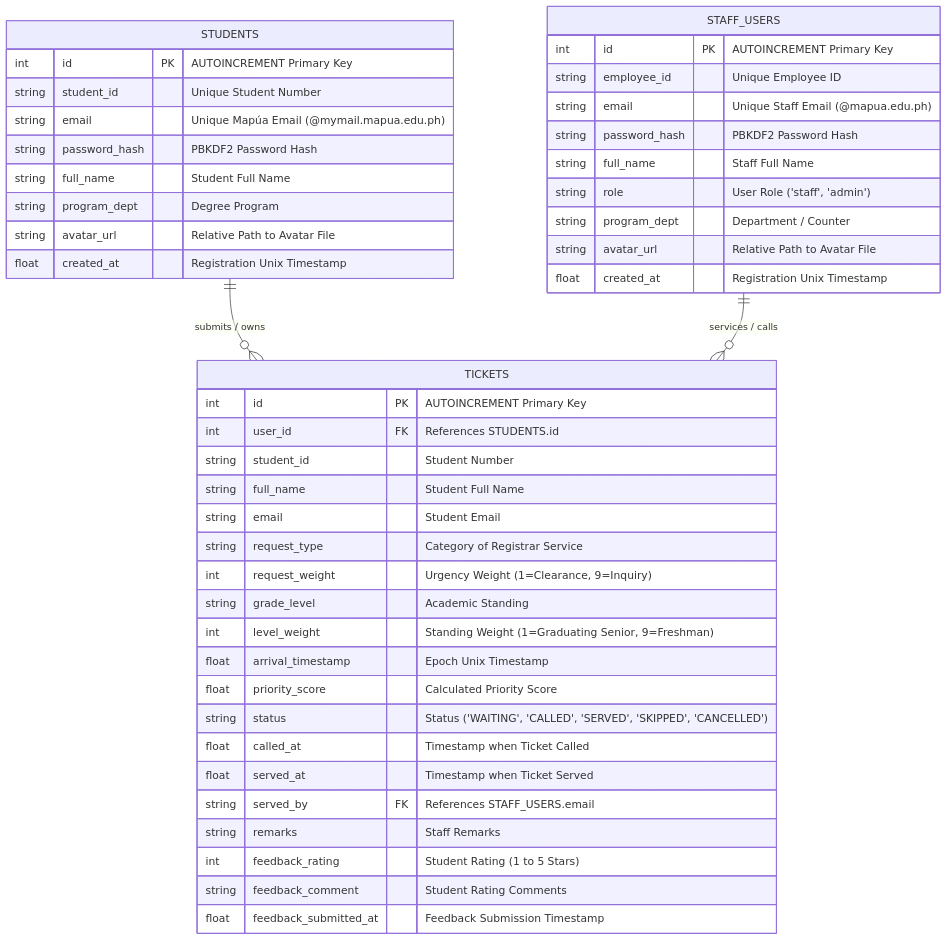
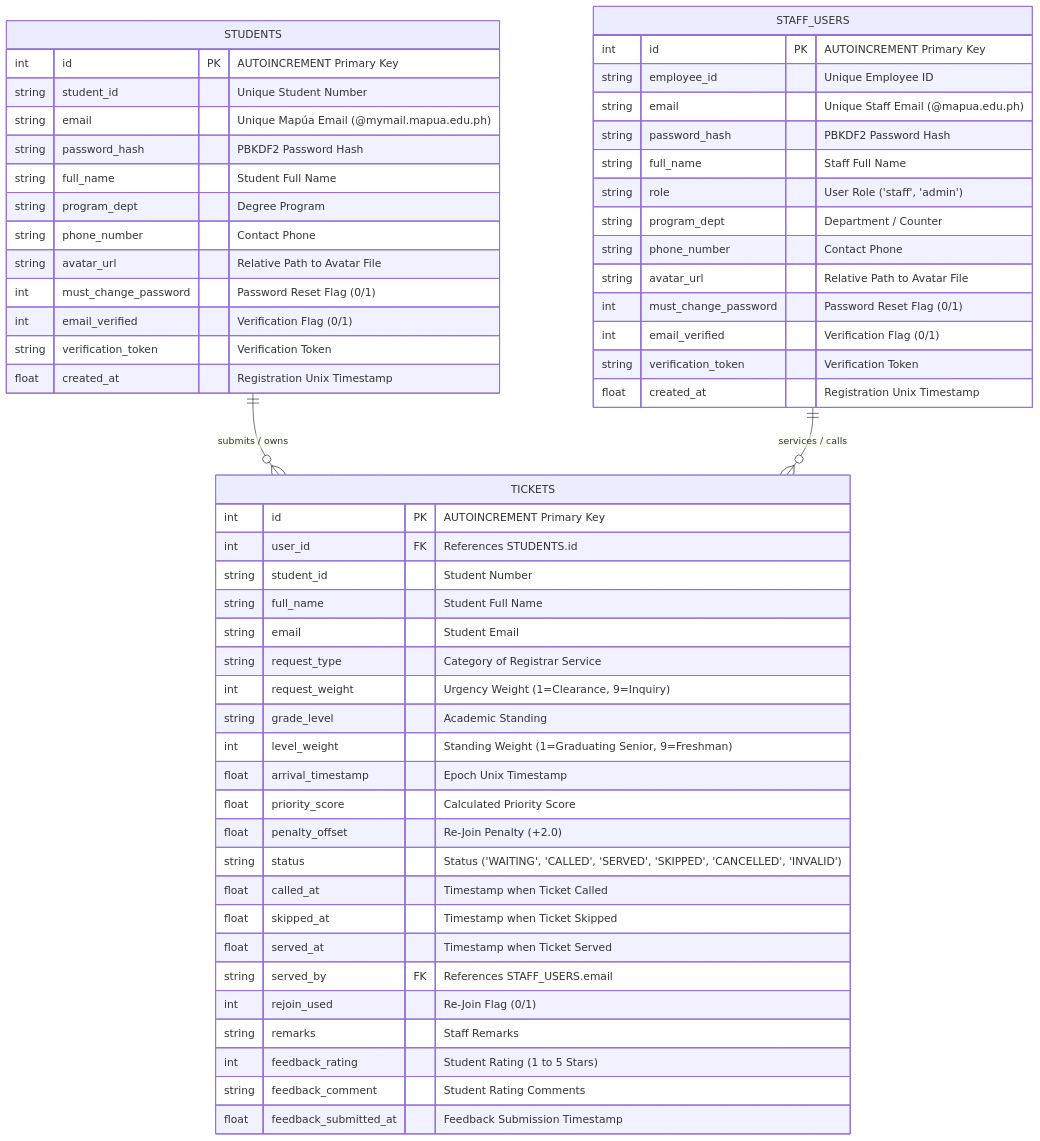
One commit to justinovate/cpe106l-4_finalproject changed the fifth of 5 diagrams in PROPOSAL.md. Above: the diagram before and after it, drawn with Mermaid. The commit also changed other lines of this file and 22 other files, not shown here.

Commit message:
feat(sprint-3): add dual-mode email notifications, account verification, password resets, ticket lifecycle controls, feedback analytics, deployment config, and 40 AAA tests

````diff
--- a/PROPOSAL.md
+++ b/PROPOSAL.md
@@ -334,50 +355,61 @@
 ```mermaid
 erDiagram
     STUDENTS ||--o{ TICKETS : "submits / owns"
     STAFF_USERS ||--o{ TICKETS : "services / calls"
 
     STAFF_USERS {
         int id PK "AUTOINCREMENT Primary Key"
         string employee_id "Unique Employee ID"
         string email "Unique Staff Email (@mapua.edu.ph)"
         string password_hash "PBKDF2 Password Hash"
         string full_name "Staff Full Name"
         string role "User Role ('staff', 'admin')"
         string program_dept "Department / Counter"
+        string phone_number "Contact Phone"
         string avatar_url "Relative Path to Avatar File"
+        int must_change_password "Password Reset Flag (0/1)"
+        int email_verified "Verification Flag (0/1)"
+        string verification_token "Verification Token"
         float created_at "Registration Unix Timestamp"
     }
 
     STUDENTS {
         int id PK "AUTOINCREMENT Primary Key"
         string student_id "Unique Student Number"
         string email "Unique Mapúa Email (@mymail.mapua.edu.ph)"
         string password_hash "PBKDF2 Password Hash"
         string full_name "Student Full Name"
         string program_dept "Degree Program"
+        string phone_number "Contact Phone"
         string avatar_url "Relative Path to Avatar File"
+        int must_change_password "Password Reset Flag (0/1)"
+        int email_verified "Verification Flag (0/1)"
+        string verification_token "Verification Token"
         float created_at "Registration Unix Timestamp"
     }
 
     TICKETS {
         int id PK "AUTOINCREMENT Primary Key"
         int user_id FK "References STUDENTS.id"
         string student_id "Student Number"
         string full_name "Student Full Name"
         string email "Student Email"
         string request_type "Category of Registrar Service"
         int request_weight "Urgency Weight (1=Clearance, 9=Inquiry)"
         string grade_level "Academic Standing"
         int level_weight "Standing Weight (1=Graduating Senior, 9=Freshman)"
         float arrival_timestamp "Epoch Unix Timestamp"
         float priority_score "Calculated Priority Score"
-        string status "Status ('WAITING', 'CALLED', 'SERVED', 'SKIPPED', 'CANCELLED')"
+        float penalty_offset "Re-Join Penalty (+2.0)"
+        string status "Status ('WAITING', 'CALLED', 'SERVED', 'SKIPPED', 'CANCELLED', 'INVALID')"
         float called_at "Timestamp when Ticket Called"
+        float skipped_at "Timestamp when Ticket Skipped"
         float served_at "Timestamp when Ticket Served"
         string served_by FK "References STAFF_USERS.email"
+        int rejoin_used "Re-Join Flag (0/1)"
         string remarks "Staff Remarks"
         int feedback_rating "Student Rating (1 to 5 Stars)"
         string feedback_comment "Student Rating Comments"
         float feedback_submitted_at "Feedback Submission Timestamp"
     }
 ```
````
